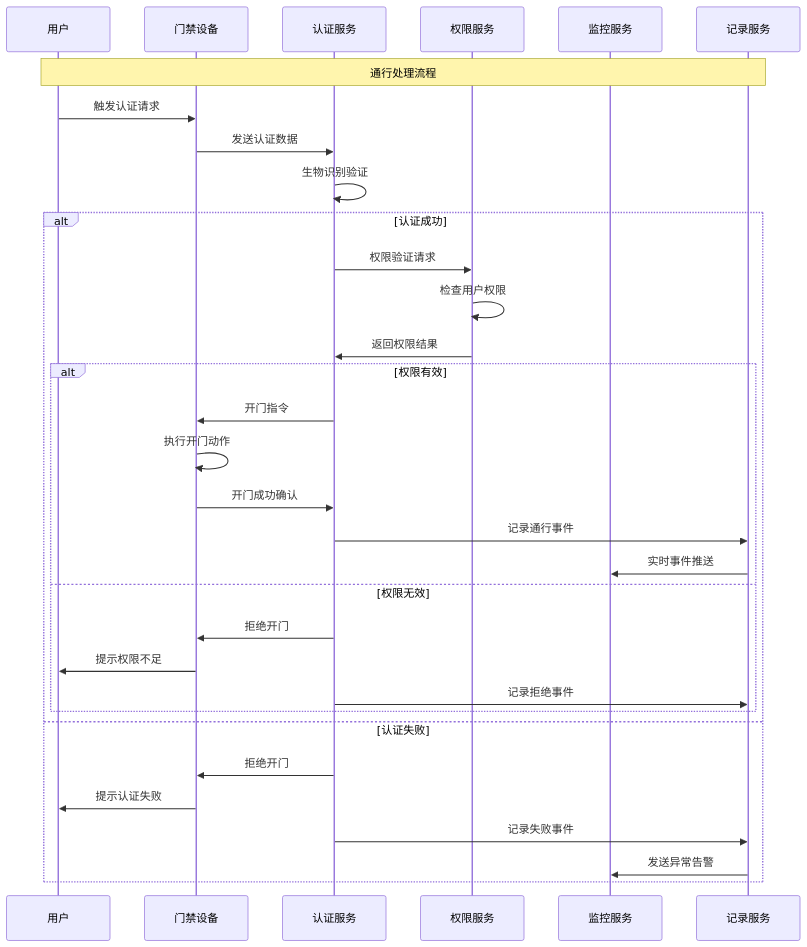
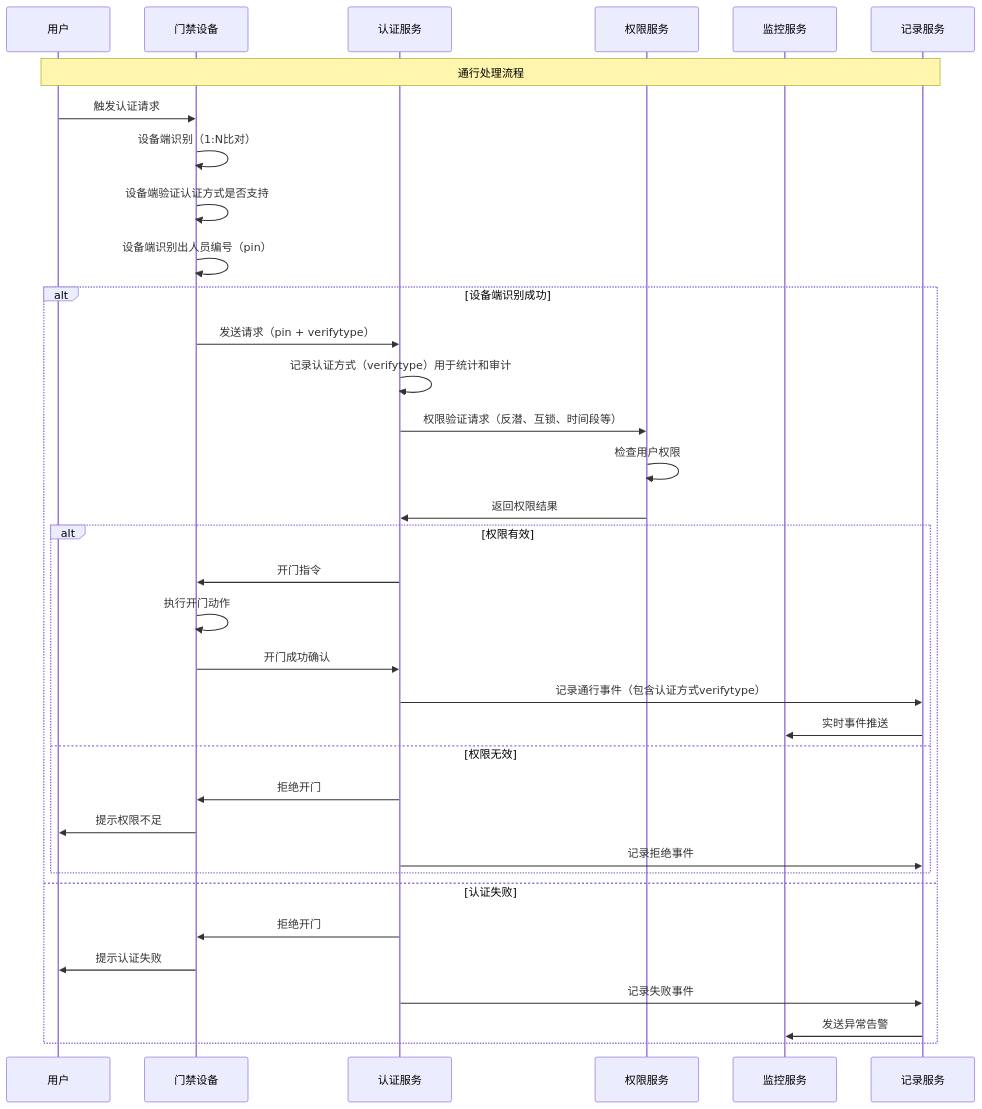
Before and after one commit to wilson323/IOE-DREAMfornew: the eighth of 20 diagrams in documentation/业务模块/03-门禁管理模块/02-门禁模块业务流程设计.md, drawn with Mermaid. The commit also changed other lines of this file and 20 other files, not shown here.

````diff
--- a/documentation/业务模块/03-门禁管理模块/02-门禁模块业务流程设计.md
+++ b/documentation/业务模块/03-门禁管理模块/02-门禁模块业务流程设计.md
@@ -343,38 +335,41 @@
 ```mermaid
 sequenceDiagram
     participant User as 用户
     participant Device as 门禁设备
     participant Auth as 认证服务
     participant Permission as 权限服务
     participant Monitor as 监控服务
     participant Record as 记录服务
 
     Note over User,Record: 通行处理流程
 
     User->>Device: 触发认证请求
-    Device->>Auth: 发送认证数据
-    Auth->>Auth: 生物识别验证
-
-    alt 认证成功
-        Auth->>Permission: 权限验证请求
+    Device->>Device: 设备端识别（1:N比对）
+    Device->>Device: 设备端验证认证方式是否支持
+    Device->>Device: 设备端识别出人员编号（pin）
+    
+    alt 设备端识别成功
+        Device->>Auth: 发送请求（pin + verifytype）
+        Auth->>Auth: 记录认证方式（verifytype）用于统计和审计
+        Auth->>Permission: 权限验证请求（反潜、互锁、时间段等）
         Permission->>Permission: 检查用户权限
         Permission->>Auth: 返回权限结果
 
         alt 权限有效
             Auth->>Device: 开门指令
             Device->>Device: 执行开门动作
             Device->>Auth: 开门成功确认
-            Auth->>Record: 记录通行事件
+            Auth->>Record: 记录通行事件（包含认证方式verifytype）
             Record->>Monitor: 实时事件推送
         else 权限无效
             Auth->>Device: 拒绝开门
             Device->>User: 提示权限不足
             Auth->>Record: 记录拒绝事件
         end
     else 认证失败
         Auth->>Device: 拒绝开门
         Device->>User: 提示认证失败
         Auth->>Record: 记录失败事件
         Record->>Monitor: 发送异常告警
     end
 ```
````
